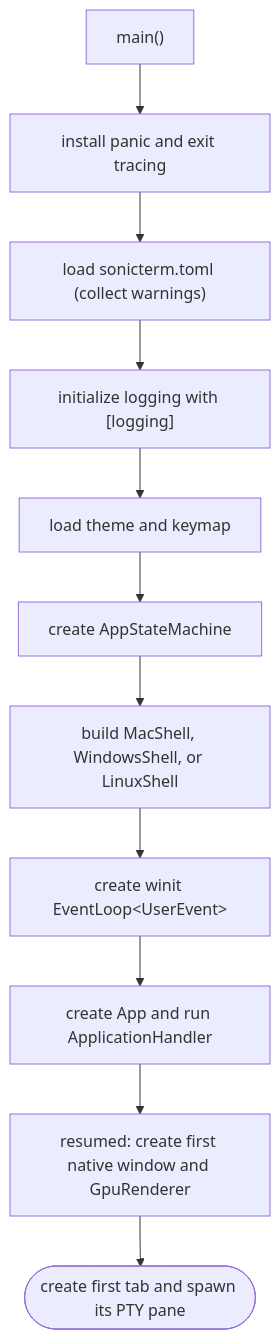
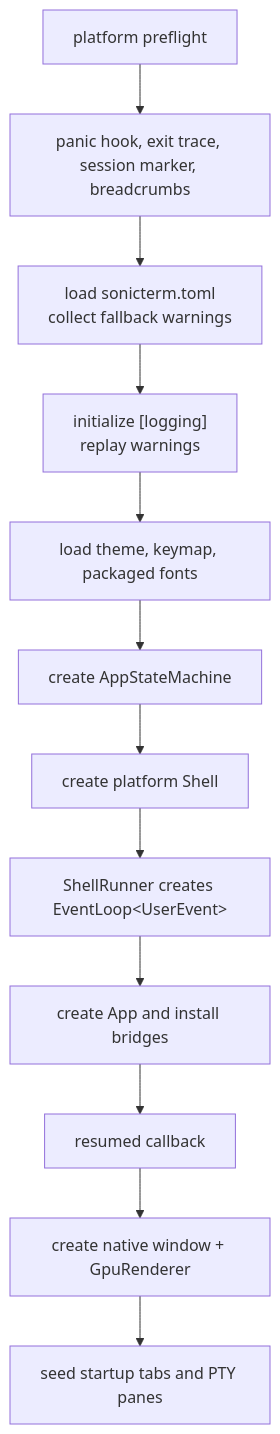
Before and after one commit to D0n9X1n/SonicTerm: the first of 6 diagrams in wiki/Runtime-Lifecycle.md, drawn with Mermaid. The commit also changed other lines of this file and 33 other files, not shown here.

````diff
--- a/wiki/Runtime-Lifecycle.md
+++ b/wiki/Runtime-Lifecycle.md
@@ -11,25 +12,18 @@
 ```mermaid
 flowchart TD
-    main["main()"]
-    trace["install panic and exit tracing"]
-    cfg["load sonicterm.toml (collect warnings)"]
-    log["initialize logging with [logging]"]
-    theme["load theme and keymap"]
-    asm["create AppStateMachine"]
-    shell["build MacShell, WindowsShell, or LinuxShell"]
-    loop["create winit EventLoop&lt;UserEvent&gt;"]
-    app["create App and run ApplicationHandler"]
-    resumed["resumed: create first native window and GpuRenderer"]
-    pane(["create first tab and spawn its PTY pane"])
+    platform["platform preflight"]
+    diagnostics["panic hook, exit trace, session marker, breadcrumbs"]
+    config["load sonicterm.toml<br/>collect fallback warnings"]
+    logging["initialize [logging]<br/>replay warnings"]
+    assets["load theme, keymap, packaged fonts"]
+    machine["create AppStateMachine"]
+    shell["create platform Shell"]
+    loop["ShellRunner creates EventLoop&lt;UserEvent&gt;"]
+    app["create App and install bridges"]
+    resumed["resumed callback"]
+    window["create native window + GpuRenderer"]
+    pane["seed startup tabs and PTY panes"]
 
-    main --> trace
-    trace --> cfg
-    cfg --> log
-    log --> theme
-    theme --> asm
-    asm --> shell
-    shell --> loop
-    loop --> app
-    app --> resumed
-    resumed --> pane
+    platform --> diagnostics --> config --> logging --> assets --> machine --> shell
+    shell --> loop --> app --> resumed --> window --> pane
 ```
````
